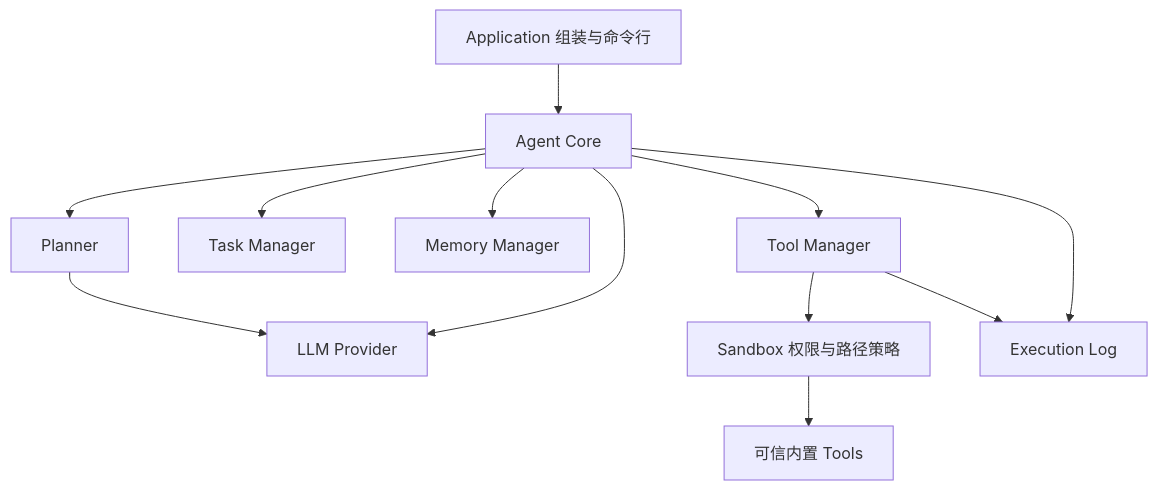
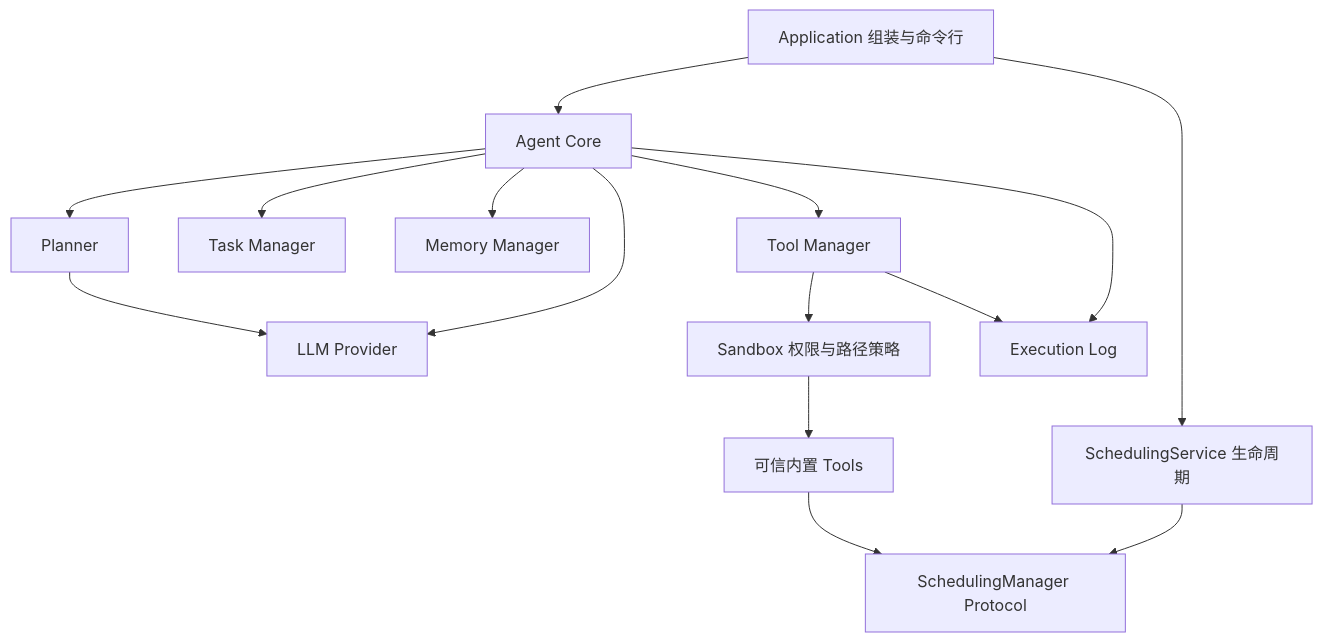
One commit to kbdui/kb_deskpal changed the diagram in ARCHITECTURE.md. Above: the diagram before and after it, drawn with Mermaid. The commit also changed other lines of this file and 51 other files, not shown here.

````diff
--- a/ARCHITECTURE.md
+++ b/ARCHITECTURE.md
@@ -7,14 +7,17 @@
 ```mermaid
 flowchart TD
   Application[Application 组装与命令行] --> Agent[Agent Core]
   Agent --> Planner
   Agent --> Tasks[Task Manager]
   Agent --> Memory[Memory Manager]
   Agent --> LLM[LLM Provider]
   Planner --> LLM
   Agent --> Manager[Tool Manager]
   Manager --> Sandbox[Sandbox 权限与路径策略]
   Sandbox --> Tools[可信内置 Tools]
   Agent --> Log[Execution Log]
   Manager --> Log
+  Application --> Scheduling[SchedulingService 生命周期]
+  Tools --> SchedulingPort[SchedulingManager Protocol]
+  Scheduling --> SchedulingPort
 ```
````
